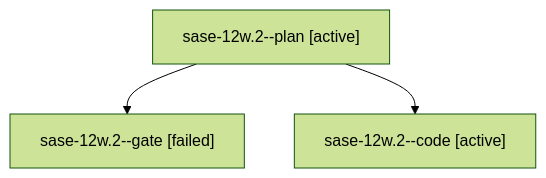
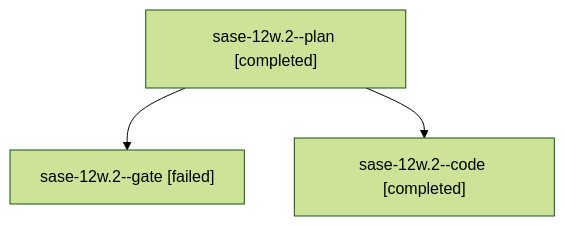
One commit to sase-org/sase--agents changed the diagram in families/bbugyi200.athena.sase-12w.2.md. Above: the diagram before and after it, drawn with Mermaid (forest theme). The commit also changed other lines of this file and 30 other files, not shown here.

````diff
--- a/families/bbugyi200.athena.sase-12w.2.md
+++ b/families/bbugyi200.athena.sase-12w.2.md
@@ -9,8 +9,8 @@
 ```mermaid
 flowchart TD
-  n0["sase-12w.2--plan [active]"]
+  n0["sase-12w.2--plan [completed]"]
   n1["sase-12w.2--gate [failed]"]
   n0 --> n1
-  n2["sase-12w.2--code [active]"]
+  n2["sase-12w.2--code [completed]"]
   n0 --> n2
 ```
````
